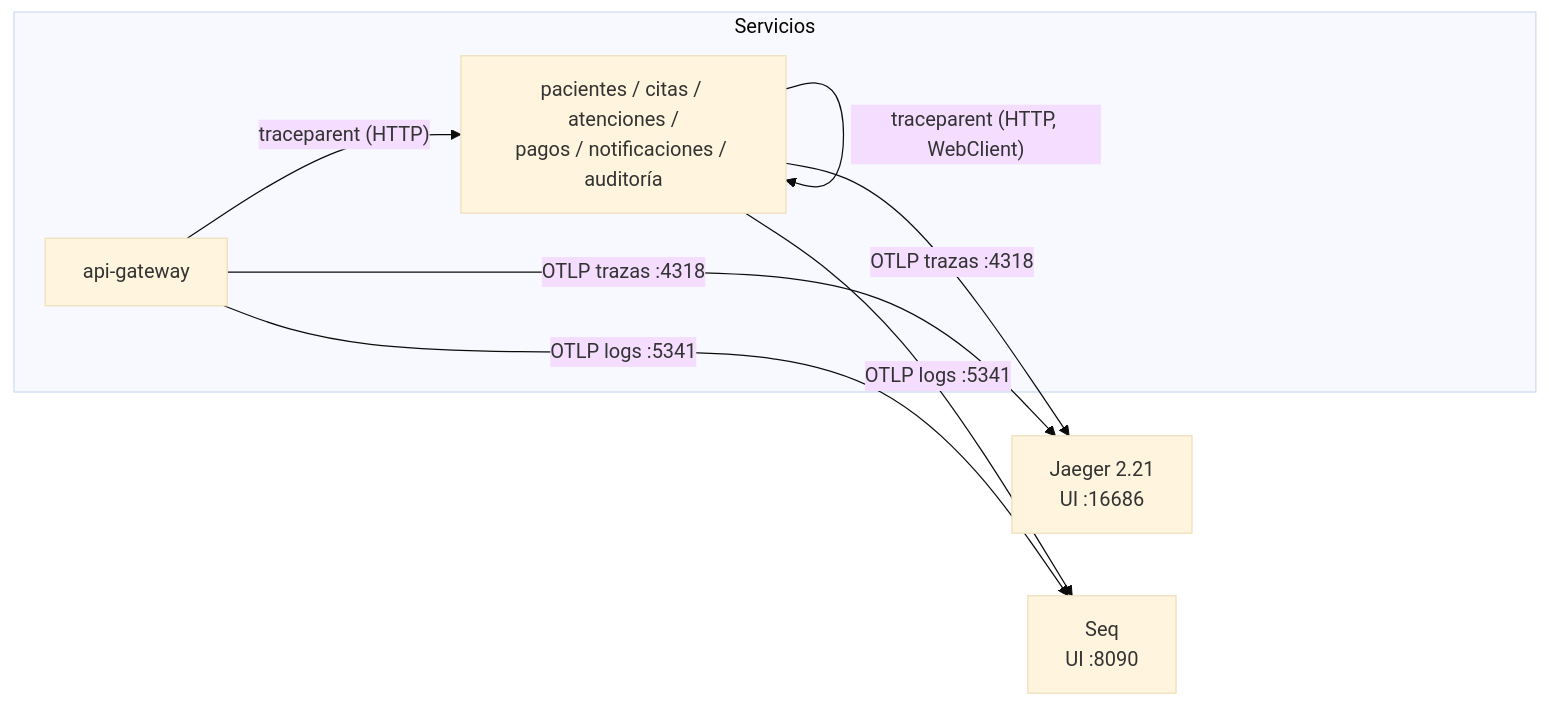
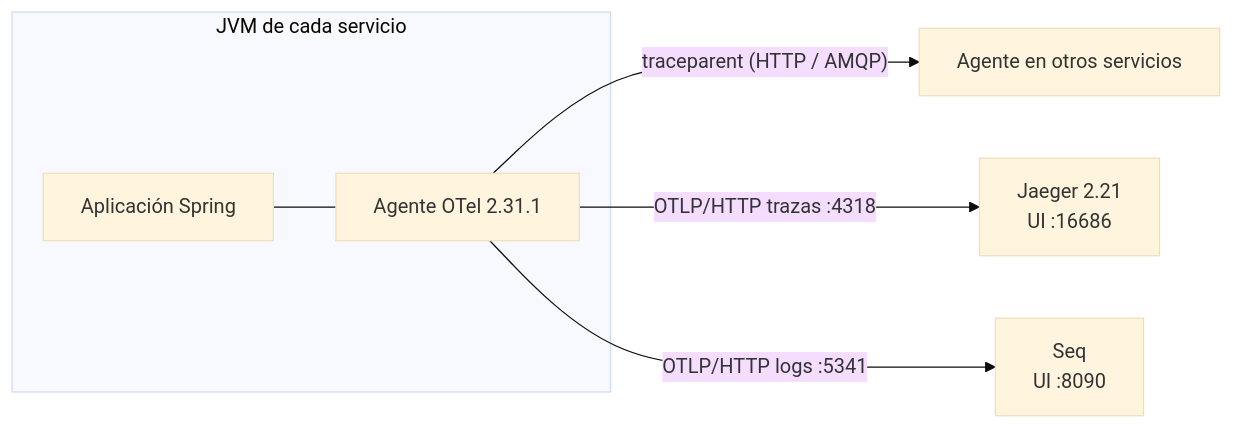
One commit to cazabacheg/CARLOS_AZABACHE_T2_HOSPITAL_2026 changed the diagram in docs/specs/08-observabilidad.md. Above: the diagram before and after it, drawn with Mermaid (base theme). The commit also changed other lines of this file and 6 other files, not shown here.

First line of the commit message:
docs: observabilidad con agente OpenTelemetry, Jaeger y Seq

````diff
--- a/docs/specs/08-observabilidad.md
+++ b/docs/specs/08-observabilidad.md
@@ -16,13 +34,9 @@
 ```mermaid
 flowchart LR
-    subgraph Servicios
-      GW["api-gateway"]
-      S["pacientes / citas / atenciones /<br/>pagos / notificaciones / auditoría"]
+    subgraph JVM de cada servicio
+      A["Aplicación Spring"] --- AG["Agente OTel 2.31.1"]
     end
-    GW -- "traceparent (HTTP)" --> S
-    S -- "traceparent (HTTP, WebClient)" --> S
-    GW -- "OTLP trazas :4318" --> J["Jaeger 2.21<br/>UI :16686"]
-    S -- "OTLP trazas :4318" --> J
-    GW -- "OTLP logs :5341" --> Q["Seq<br/>UI :8090"]
-    S -- "OTLP logs :5341" --> Q
+    AG -- "traceparent (HTTP / AMQP)" --> AG2["Agente en otros servicios"]
+    AG -- "OTLP/HTTP trazas :4318" --> J["Jaeger 2.21<br/>UI :16686"]
+    AG -- "OTLP/HTTP logs :5341" --> Q["Seq<br/>UI :8090"]
 ```
````
